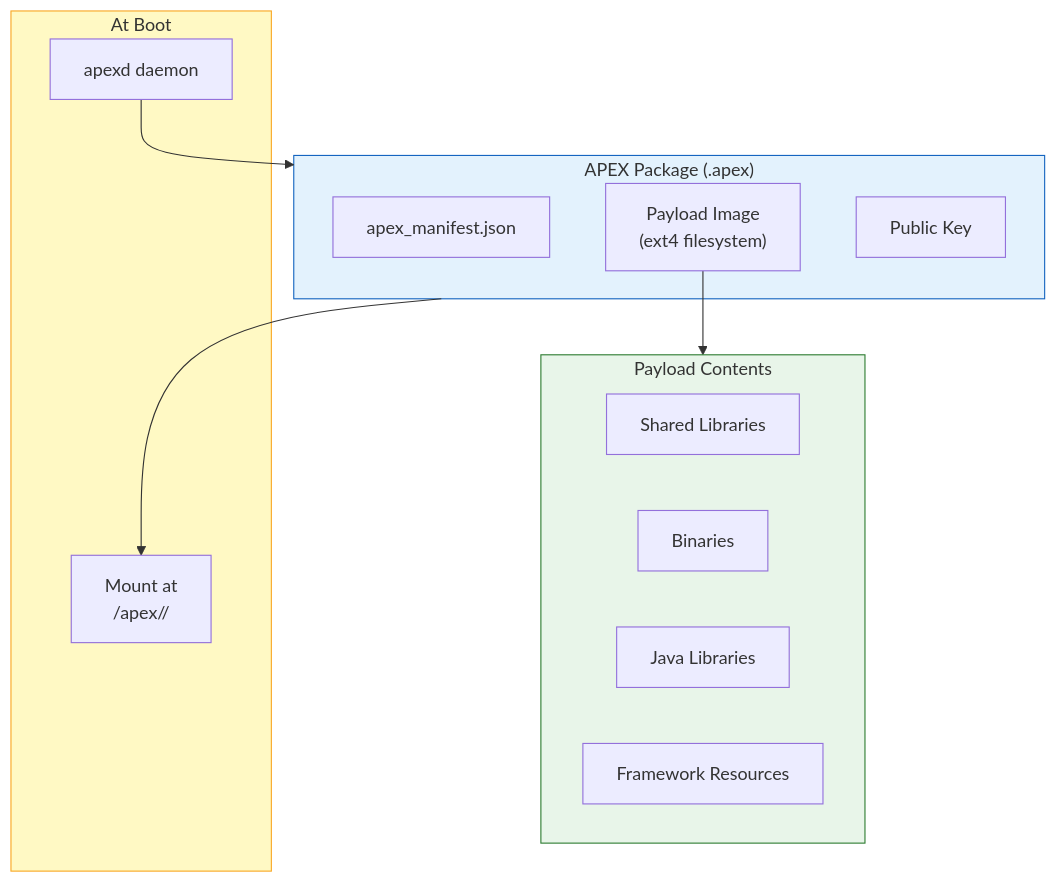
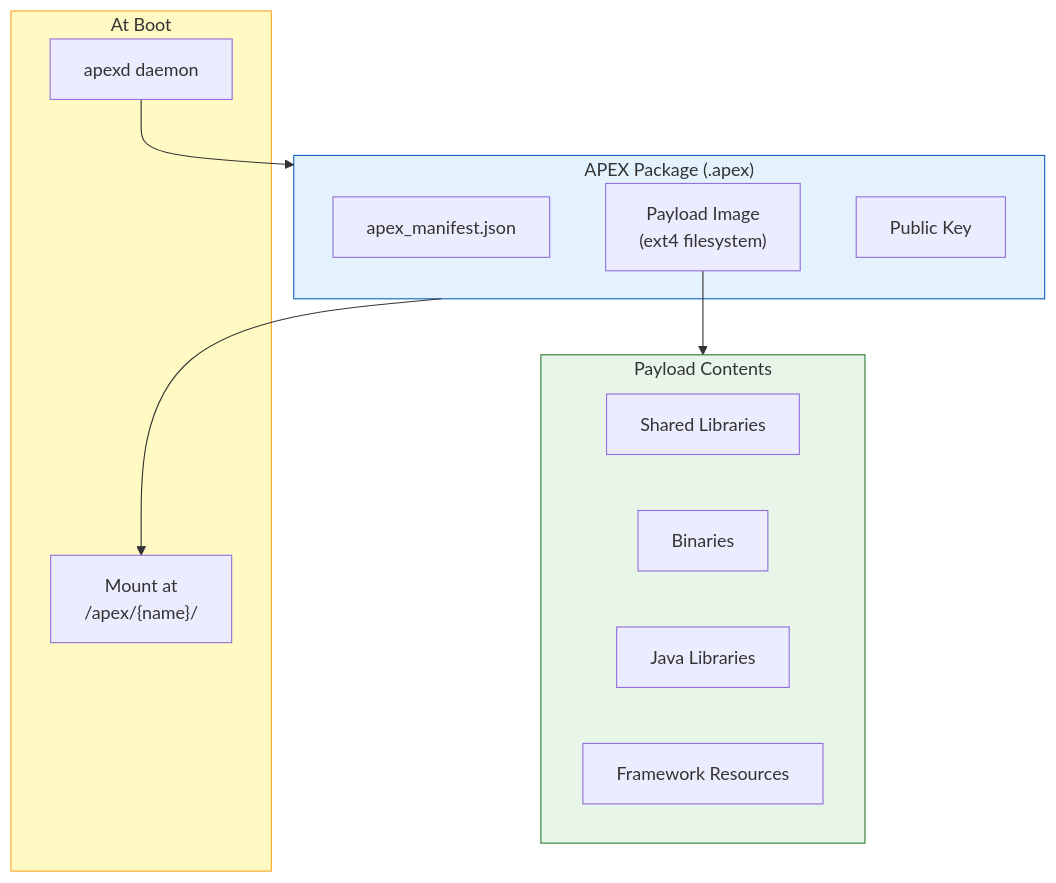
One commit to fwrite0920/aosp-internal-book changed diagram 19 of 21 in 01-introduction.md. Above: the diagram before and after it, drawn with Mermaid. The commit also changed other lines of this file and 4 other files, not shown here.

First line of the commit message:
Fix Mermaid diagrams and formatting in Parts I-II (chapters 1-5)

````diff
--- a/01-introduction.md
+++ b/01-introduction.md
@@ -2635,29 +2635,29 @@
 ```mermaid
 graph TB
     subgraph APEX_Package["APEX Package (.apex)"]
         Manifest["apex_manifest.json"]
         Payload["Payload Image<br/>(ext4 filesystem)"]
         PubKey["Public Key"]
     end
 
     subgraph Contents["Payload Contents"]
         Libs["Shared Libraries"]
         Bins["Binaries"]
         Jars["Java Libraries"]
         FW_Res["Framework Resources"]
     end
 
     Payload --> Contents
 
     subgraph Boot["At Boot"]
         APEXd["apexd daemon"]
-        Mount["Mount at<br/>/apex/<name>/"]
+        Mount["Mount at<br/>/apex/{name}/"]
     end
 
     APEXd --> APEX_Package
     APEX_Package --> Mount
 
     style APEX_Package fill:#e3f2fd,stroke:#1565c0
     style Contents fill:#e8f5e9,stroke:#2e7d32
     style Boot fill:#fff9c4,stroke:#f9a825
 ```
````
